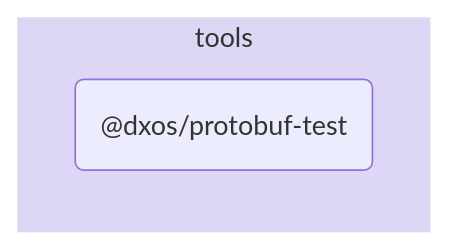
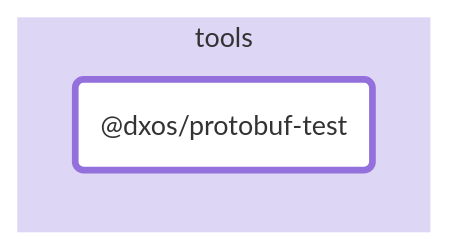
The diagram in tools/protobuf-test/docs/README.md (dxos/dxos), drawn with Mermaid before and after one commit. The commit also changed other lines of this file and 88 other files, not shown here.

````diff
--- a/tools/protobuf-test/docs/README.md
+++ b/tools/protobuf-test/docs/README.md
@@ -5,9 +7,12 @@
 ```mermaid
 flowchart LR;
+
+style dxos/protobuf-test fill:#fff,stroke-width:4px;
+
 
 subgraph tools
   style tools fill:#ded6f5,stroke:#fff;
   dxos/protobuf-test("@dxos/protobuf-test");
 end
 
 ```
````
